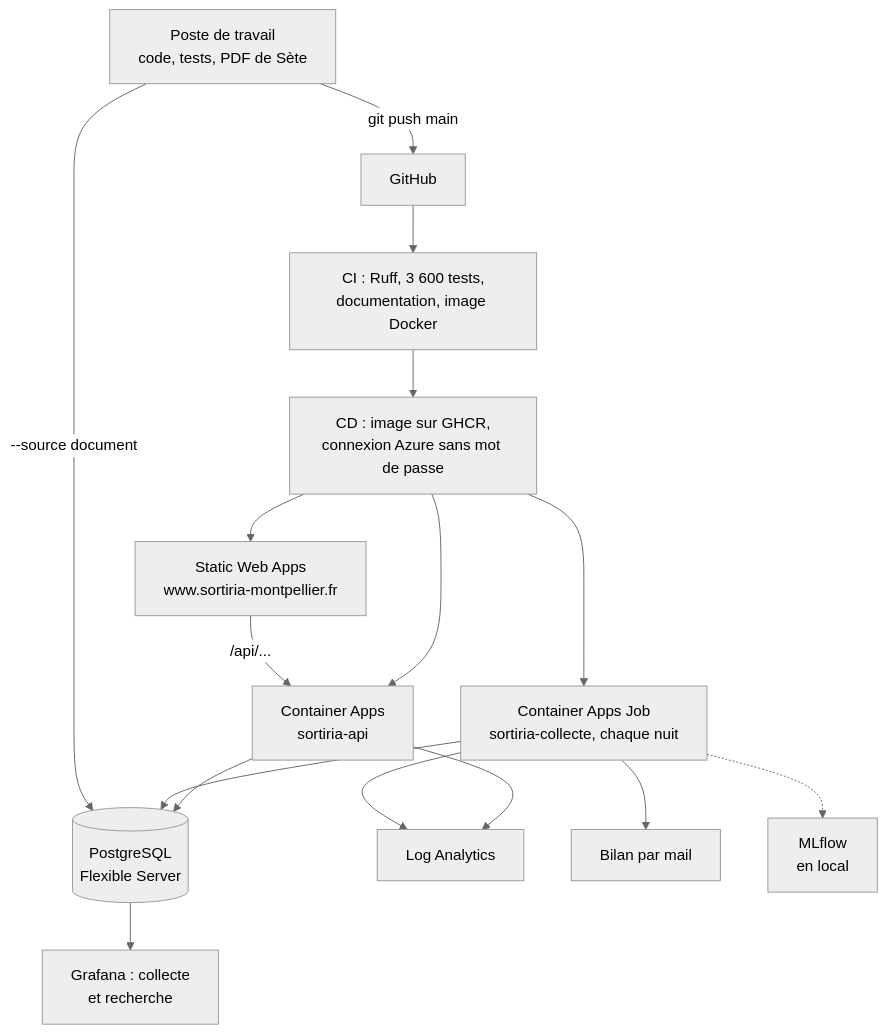
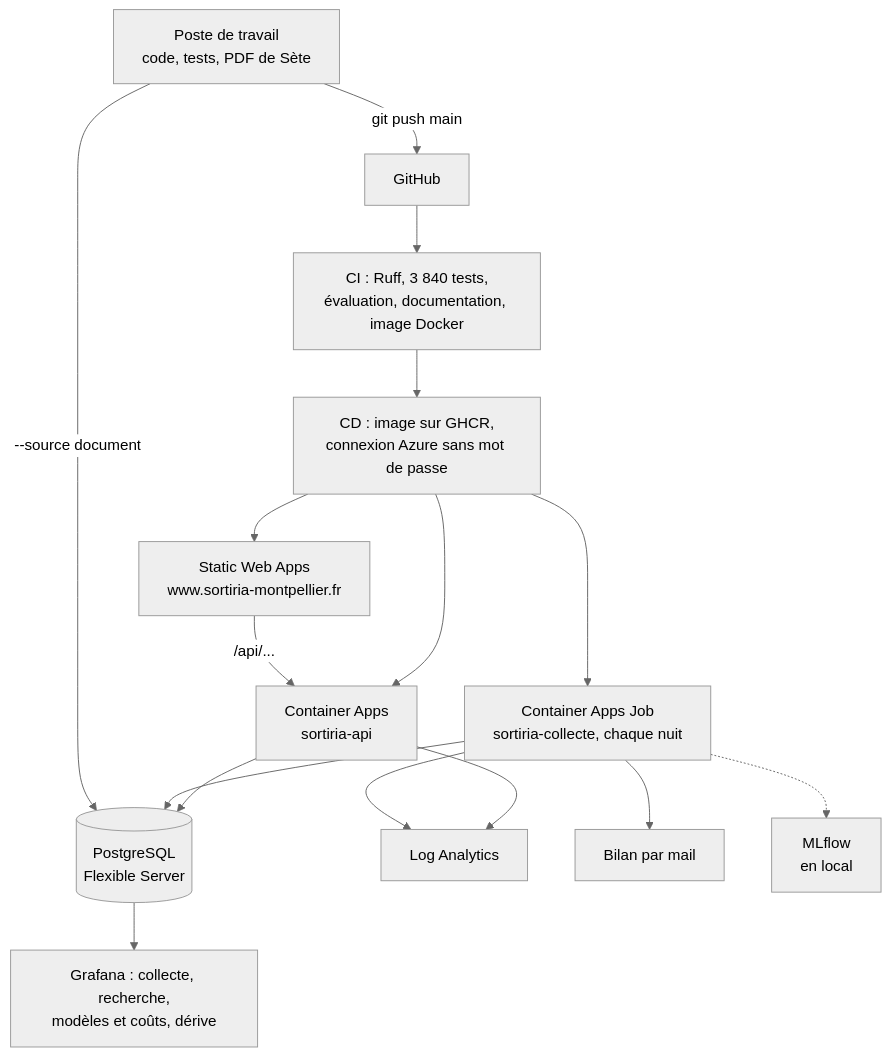
The second of 2 diagrams in docs/architecture.md (gonzalezcourrier34-glitch/SortirIA), drawn with Mermaid (neutral theme) before and after one commit. The commit also changed other lines of this file and 18 other files, not shown here.

````diff
--- a/docs/architecture.md
+++ b/docs/architecture.md
@@ -50,17 +50,17 @@
 ```mermaid
 flowchart TB
     Dev[Poste de travail<br/>code, tests, PDF de Sète] -->|git push main| GH[GitHub]
-    GH --> CI[CI : Ruff, 3 600 tests,<br/>documentation, image Docker]
+    GH --> CI[CI : Ruff, 3 840 tests,<br/>évaluation, documentation, image Docker]
     CI --> CD[CD : image sur GHCR,<br/>connexion Azure sans mot de passe]
     CD --> API[Container Apps<br/>sortiria-api]
     CD --> JOB[Container Apps Job<br/>sortiria-collecte, chaque nuit]
     CD --> SWA[Static Web Apps<br/>www.sortiria-montpellier.fr]
     SWA -->|/api/...| API
     API --> PG[(PostgreSQL<br/>Flexible Server)]
     JOB --> PG
     API & JOB --> LA[Log Analytics]
     JOB --> MAIL[Bilan par mail]
-    PG --> GR[Grafana : collecte<br/>et recherche]
+    PG --> GR[Grafana : collecte, recherche,<br/>modèles et coûts, dérive]
     JOB -.-> ML[MLflow<br/>en local]
     Dev -->|--source document| PG
 ```
````
